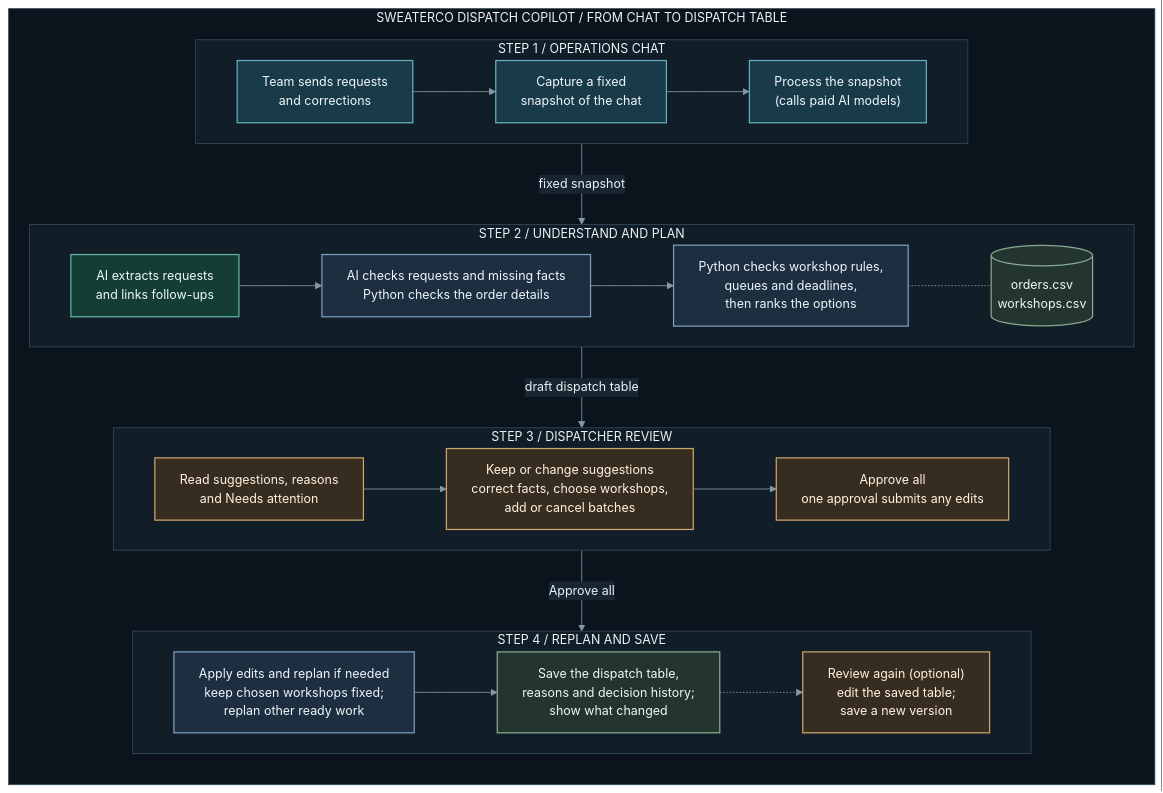
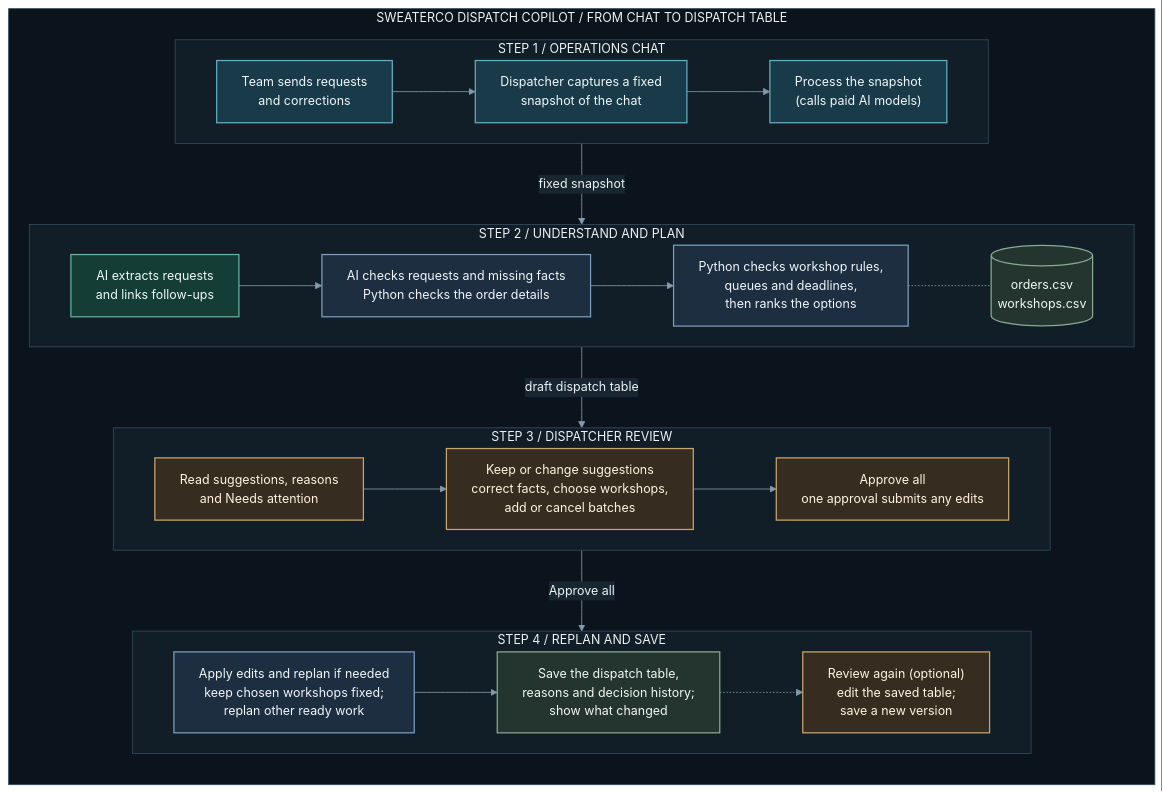
The first of 2 diagrams in README.md (adityaviolin824/AI-Assisted-Factory-Dispatcher), drawn with Mermaid before and after one commit. The commit also changed other lines of this file and 33 other files, not shown here.

````diff
--- a/README.md
+++ b/README.md
@@ -56,73 +58,73 @@
 ```mermaid
 ---
 config:
   layout: dagre
   theme: base
   look: classic
   markdownAutoWrap: false
   themeVariables:
     fontFamily: system-ui, sans-serif
     fontSize: 15px
     primaryTextColor: "#EAF2F5"
     textColor: "#EAF2F5"
     lineColor: "#839BA8"
     clusterBkg: "#111D27"
     clusterBorder: "#334B5A"
     titleColor: "#EAF2F5"
     edgeLabelBackground: "#172631"
   flowchart:
     curve: basis
     wrappingWidth: 320
     nodeSpacing: 30
     rankSpacing: 50
 ---
 flowchart TB
     subgraph PRODUCT["SWEATERCO DISPATCH COPILOT / FROM CHAT TO DISPATCH TABLE"]
         direction TB
 
         subgraph S1["STEP 1 / OPERATIONS CHAT"]
             direction LR
             SEND["Team sends requests<br/>and corrections"]:::screen
-            SNAP["Capture a fixed<br/>snapshot of the chat"]:::screen
+            SNAP["Dispatcher captures a fixed<br/>snapshot of the chat"]:::screen
             PROCESS["Process the snapshot<br/>(calls paid AI models)"]:::screen
             SEND --> SNAP --> PROCESS
         end
 
         subgraph S2["STEP 2 / UNDERSTAND AND PLAN"]
             direction LR
             EXTRACT["AI extracts requests<br/>and links follow-ups"]:::ai
             VERIFY["AI checks requests and missing facts<br/>Python checks the order details"]:::logic
             PLAN["Python checks workshop rules,<br/>queues and deadlines,<br/>then ranks the options"]:::logic
             FACTS[("orders.csv<br/>workshops.csv")]:::data
             EXTRACT --> VERIFY --> PLAN
             PLAN -.- FACTS
         end
 
         subgraph S3["STEP 3 / DISPATCHER REVIEW"]
             direction LR
             READ["Read suggestions, reasons<br/>and Needs attention"]:::human
             CHOOSE["Keep or change suggestions<br/>correct facts, choose workshops,<br/>add or cancel batches"]:::human
             APPROVE["Approve all<br/>one approval submits any edits"]:::human
             READ --> CHOOSE --> APPROVE
         end
 
         subgraph S4["STEP 4 / REPLAN AND SAVE"]
             direction LR
             REPLAN["Apply edits and replan if needed<br/>keep chosen workshops fixed;<br/>replan other ready work"]:::logic
             SAVE["Save the dispatch table,<br/>reasons and decision history;<br/>show what changed"]:::data
             AGAIN["Review again (optional)<br/>edit the saved table;<br/>save a new version"]:::human
             REPLAN --> SAVE -.-> AGAIN
         end
 
         S1 -- "fixed snapshot" --> S2
         S2 -- "draft dispatch table" --> S3
         S3 -- "Approve all" --> S4
     end
 
     classDef screen fill:#183A49,stroke:#63AFC0,color:#F1F7F9,stroke-width:1.5px
     classDef ai fill:#143D36,stroke:#64B39F,color:#EDFAF5,stroke-width:1.5px
     classDef logic fill:#1C2E40,stroke:#7B9FBC,color:#EFF5FA,stroke-width:1.5px
     classDef human fill:#362C20,stroke:#CBA56D,color:#FFF3E0,stroke-width:1.5px
     classDef data fill:#24342F,stroke:#87AA91,color:#F0F7F1,stroke-width:1.5px
     style PRODUCT fill:#0B141D,stroke:#334B5A,stroke-width:1px
 ```
````
